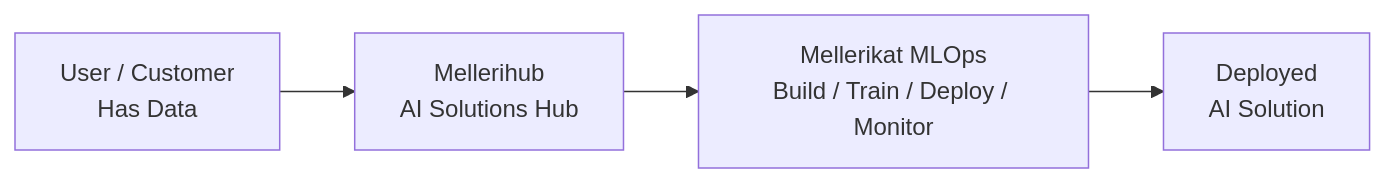
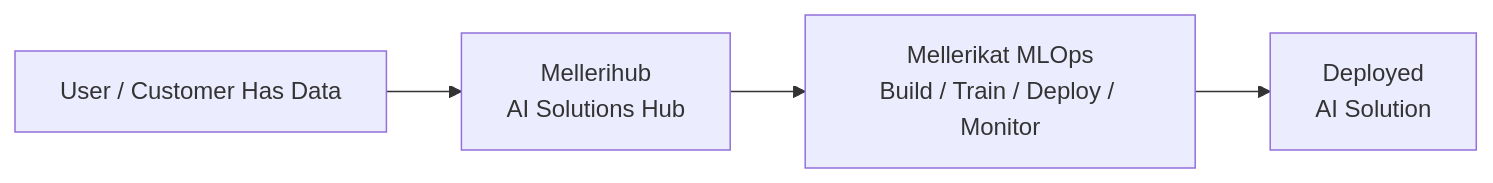
One commit to mellerihub/Awesome-AISolutions-for-mellerikat changed the diagram in README.md. Above: the diagram before and after it, drawn with Mermaid.

````diff
--- a/README.md
+++ b/README.md
@@ -13,6 +13,6 @@
 ```mermaid
 flowchart LR
-    A["User / Customer \n Has Data"] --> B["Mellerihub\nAI Solutions Hub"]
+    A["User / Customer Has Data"] --> B["Mellerihub<br>AI Solutions Hub"]
     B --> C["Mellerikat MLOps\nBuild / Train / Deploy / Monitor"]
     C --> D["Deployed\nAI Solution"]
 ```
````
